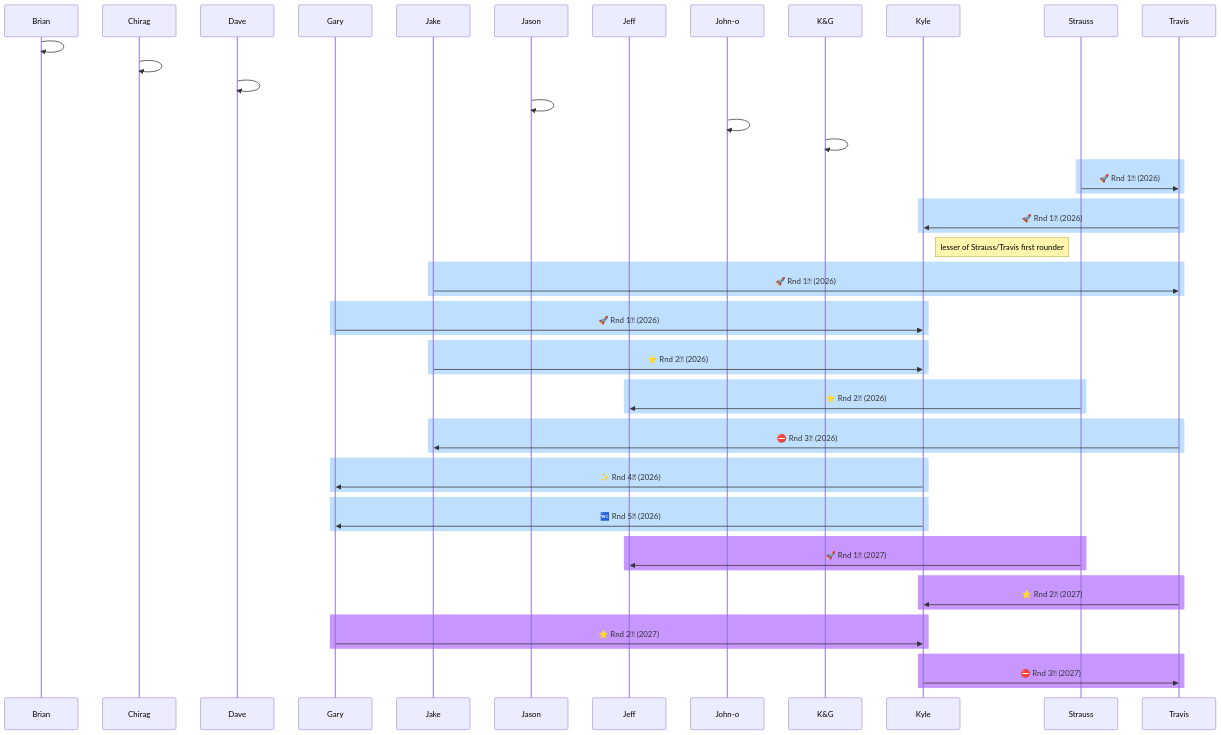
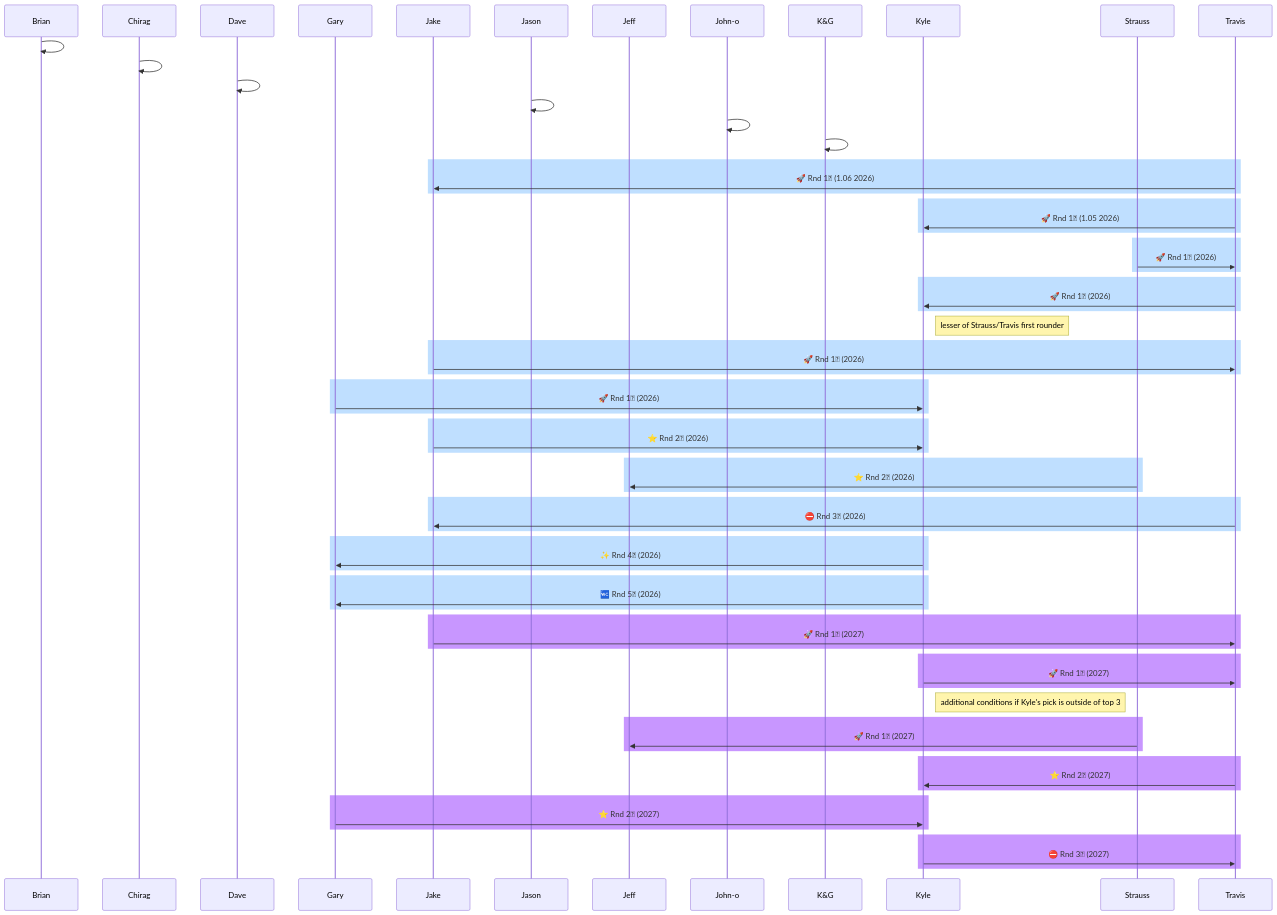
Before and after one commit to jtkulas/kittywampas: the diagram in phantazee.qmd, drawn with Mermaid. The commit also changed 3 other files, not shown here.

Commit message:
updated pick trades chart

````diff
--- a/phantazee.qmd
+++ b/phantazee.qmd
@@ -9,63 +9,76 @@
 ```{mermaid}
 %%| mermaid-format: png
 %%| fig-width: 8
 sequenceDiagram
 participant Brian
 participant Chirag
 participant Dave
 participant Gary
 participant Jake
 participant Jason
 participant Jeff
 participant John-o
 participant K&G
 participant Kyle
 participant Strauss
 participant Travis
 Brian->>Brian:  
 Chirag->>Chirag:  
 Dave->>Dave:  
 Jason->>Jason:  
 John-o->>John-o:  
 K&G->>K&G:  
+rect rgb(191, 223, 255)
+Travis->>Jake: 🚀 Rnd 1⃣ (1.06 2026)
+end
+rect rgb(191, 223, 255)
+Travis->>Kyle: 🚀 Rnd 1⃣ (1.05 2026)
+end
 rect rgb(191, 223, 255)
 Strauss->>Travis: 🚀 Rnd 1⃣ (2026)
 end
 rect rgb(191, 223, 255)
 Travis->>Kyle: 🚀 Rnd 1⃣ (2026)
 end
 Note right of Kyle: lesser of Strauss/Travis first rounder
 rect rgb(191, 223, 255)
 Jake->>Travis: 🚀 Rnd 1⃣ (2026)
 end
 rect rgb(191, 223, 255)
 Gary->>Kyle: 🚀 Rnd 1⃣ (2026)
 end
 rect rgb(191, 223, 255)
 Jake->>Kyle: ⭐ Rnd 2⃣ (2026)
 end
 rect rgb(191, 223, 255)
 Strauss->>Jeff: ⭐ Rnd 2⃣ (2026)
 end
 rect rgb(191, 223, 255)
 Travis->>Jake: ⛔ Rnd 3⃣ (2026)
 end
 rect rgb(191, 223, 255)
 Kyle->>Gary: ✨ Rnd 4⃣ (2026)
 end
 rect rgb(191, 223, 255)
 Kyle->>Gary: 🚾 Rnd 5⃣ (2026)
 end
 rect rgb(200, 150, 255)
+Jake->>Travis: 🚀 Rnd 1⃣ (2027) 
+end
+rect rgb(200, 150, 255)
+Kyle->>Travis: 🚀 Rnd 1⃣ (2027) 
+end
+Note right of Kyle: additional conditions if Kyle's pick is outside of top 3
+rect rgb(200, 150, 255)
 Strauss->>Jeff: 🚀 Rnd 1⃣ (2027) 
 end
 rect rgb(200, 150, 255)
 Travis->>Kyle: ⭐ Rnd 2⃣ (2027)
 end
 rect rgb(200, 150, 255)
 Gary->>Kyle: ⭐ Rnd 2⃣ (2027)
 end
 rect rgb(200, 150, 255)
 Kyle->>Travis: ⛔ Rnd 3⃣ (2027)
 end
 ```
````
